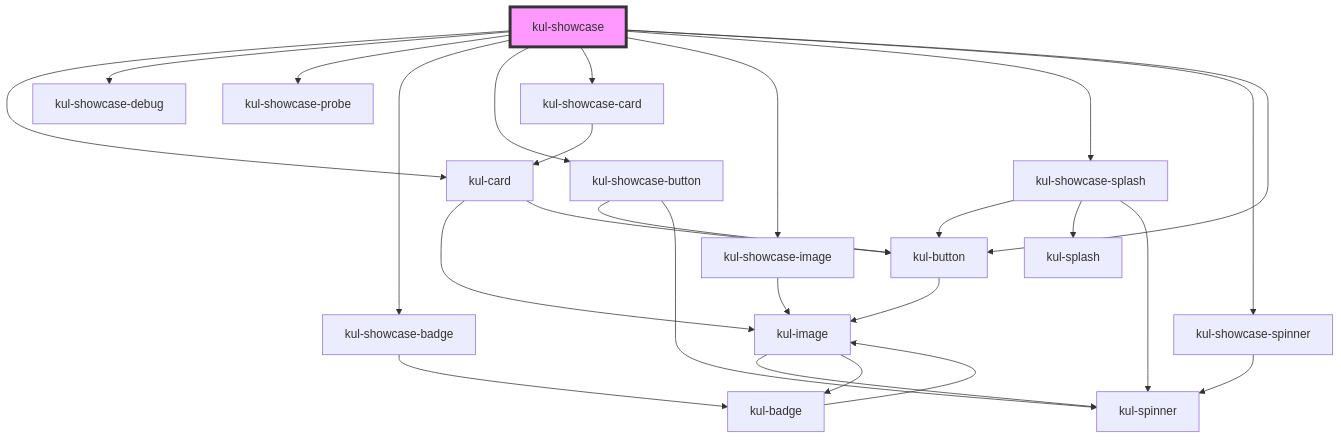
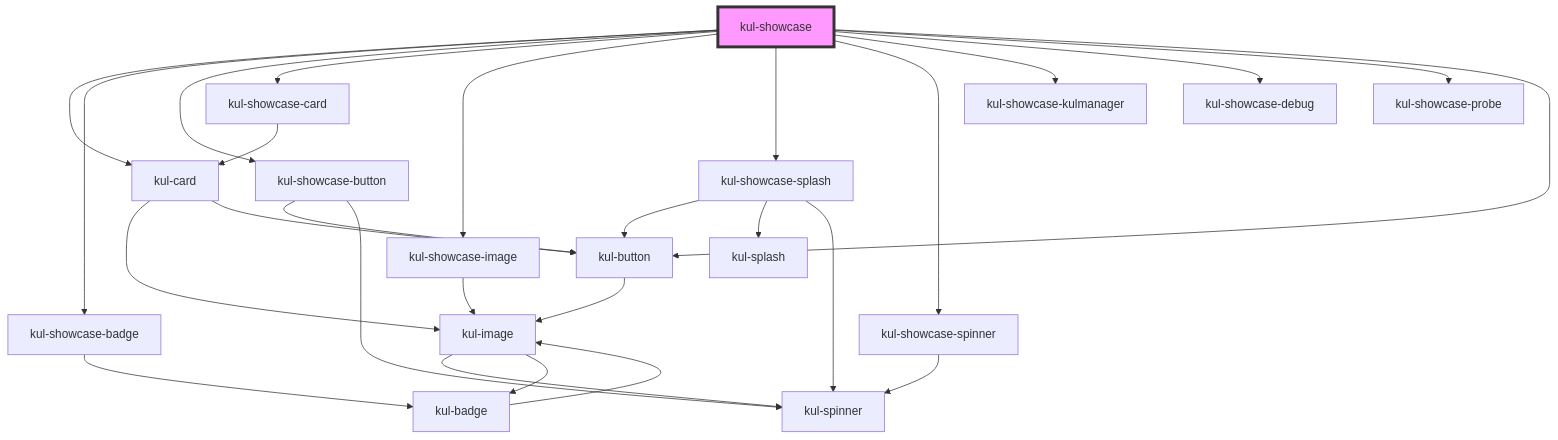
The diagram in packages/ketchup-lite/src/components/kul-showcase/readme.md (smeup/ketchup), drawn with Mermaid before and after one commit. The commit also changed other lines of this file and 11 other files, not shown here.

````diff
--- a/packages/ketchup-lite/src/components/kul-showcase/readme.md
+++ b/packages/ketchup-lite/src/components/kul-showcase/readme.md
@@ -93,29 +94,30 @@
 ```mermaid
 graph TD;
   kul-showcase --> kul-card
-  kul-showcase --> kul-showcase-debug
-  kul-showcase --> kul-showcase-probe
   kul-showcase --> kul-showcase-badge
   kul-showcase --> kul-showcase-button
   kul-showcase --> kul-showcase-card
   kul-showcase --> kul-showcase-image
   kul-showcase --> kul-showcase-splash
   kul-showcase --> kul-showcase-spinner
+  kul-showcase --> kul-showcase-kulmanager
+  kul-showcase --> kul-showcase-debug
+  kul-showcase --> kul-showcase-probe
   kul-showcase --> kul-button
   kul-card --> kul-image
   kul-card --> kul-button
   kul-image --> kul-spinner
   kul-image --> kul-badge
   kul-badge --> kul-image
   kul-button --> kul-image
   kul-showcase-badge --> kul-badge
   kul-showcase-button --> kul-button
   kul-showcase-button --> kul-spinner
   kul-showcase-card --> kul-card
   kul-showcase-image --> kul-image
   kul-showcase-splash --> kul-button
   kul-showcase-splash --> kul-splash
   kul-showcase-splash --> kul-spinner
   kul-showcase-spinner --> kul-spinner
   style kul-showcase fill:#f9f,stroke:#333,stroke-width:4px
 ```
````
